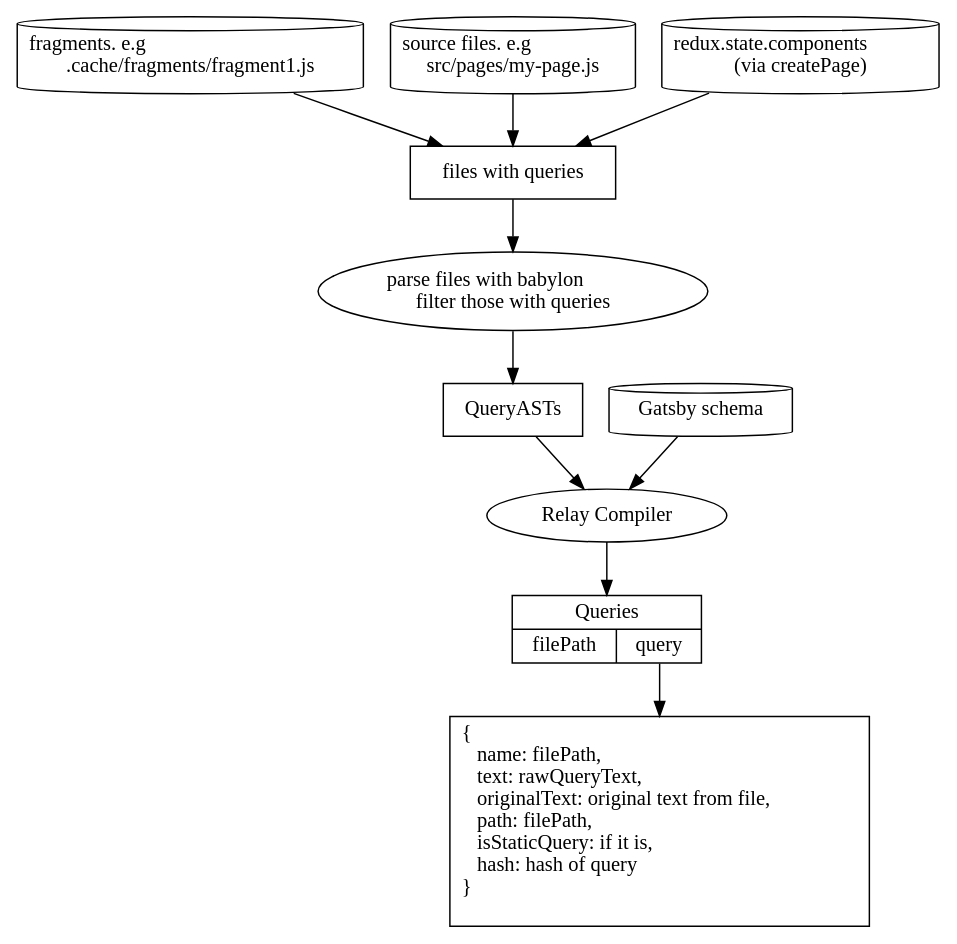
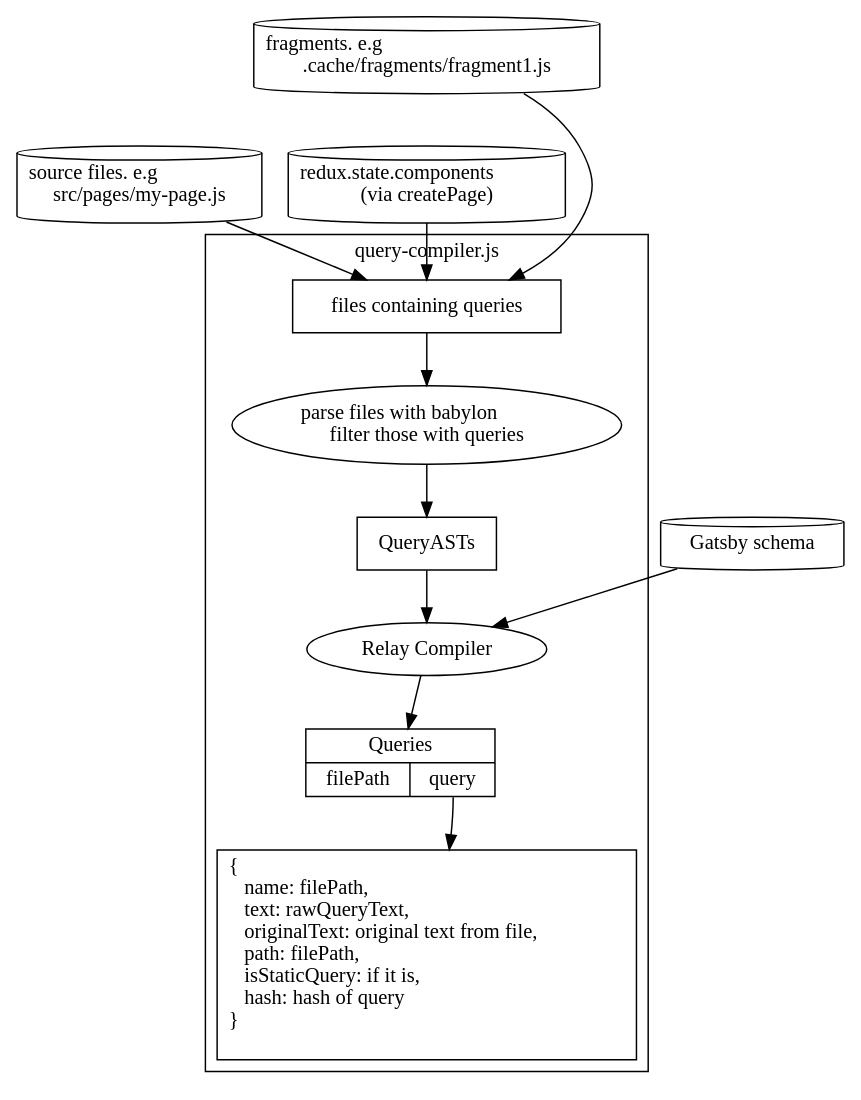
One commit to gatsbyjs/gatsby changed the first of 3 diagrams in docs/docs/behind-the-scenes-query-extraction.md. Above: the diagram before and after it, drawn with Graphviz. The commit also changed other lines of this file, not shown here.

Commit message:
added query extraction graphs

````diff
--- a/docs/docs/behind-the-scenes-query-extraction.md
+++ b/docs/docs/behind-the-scenes-query-extraction.md
@@ -18,25 +18,32 @@
 ```dot
 digraph {
   fragments [ label = "fragments. e.g\l.cache/fragments/fragment1.js", shape = cylinder ];
   srcFiles [ label = "source files. e.g\lsrc/pages/my-page.js", shape = cylinder ];
   components [ label = "redux.state.components\l(via createPage)", shape = cylinder ];
-  fileQueries [ label = "files with queries", shape = box ];
-  babylon [ label = "parse files with babylon\lfilter those with queries" ];
-  queryAst [ label = "QueryASTs", shape = box ];
   schema [ label = "Gatsby schema", shape = cylinder ];
-  relayCompiler [ label = "Relay Compiler" ];
-  queries [ label = "{ Queries | { filePath | <query> query } }", shape = record ];
-  query [ label = "{\l    name: filePath,\l    text: rawQueryText,\l    originalText: original text from file,\l    path: filePath,\l    isStaticQuery: if it is,\l    hash: hash of query\l}\l ", shape = box ];
   
+  subgraph cluster_compiler {
+    label = "query-compiler.js";
+    fileQueries [ label = "files containing queries", shape = box ];
+    babylon [ label = "parse files with babylon\lfilter those with queries" ];
+    queryAst [ label = "QueryASTs", shape = box ];
+    relayCompiler [ label = "Relay Compiler" ];
+    queries [ label = "{ Queries | { filePath | <query> query } }", shape = record ];
+    query [ label = "{\l    name: filePath,\l    text: rawQueryText,\l    originalText: original text from file,\l    path: filePath,\l    isStaticQuery: if it is,\l    hash: hash of query\l}\l ", shape = box ];
+
+  }
   
+  fileQueries -> babylon;
+  babylon -> queryAst;
+  queryAst -> relayCompiler;
+  relayCompiler -> queries;
+  queries:query -> query;
   fragments -> fileQueries;
   srcFiles -> fileQueries;
   components -> fileQueries;
-  fileQueries -> babylon;
-  babylon -> queryAst;
-  queryAst -> relayCompiler;
   schema -> relayCompiler;
-  relayCompiler -> queries;
-  queries:query -> query;
+  
+  fragments -> srcFiles [ style = invis ];
+  fragments -> components [ style = invis ];
 }
 ```
````
